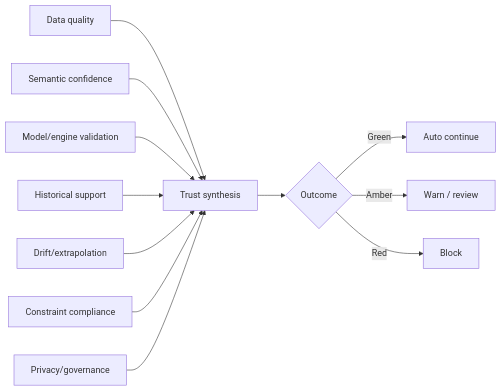
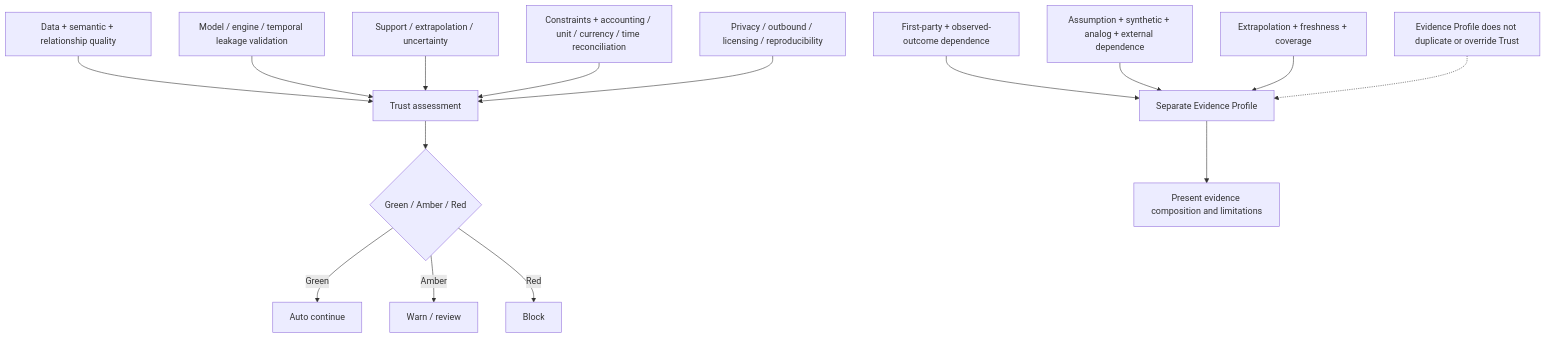
The diagram in flows/09_TRUST_VALIDATION.md (Kedar-Joshi07/IPSP), drawn with Mermaid before and after one commit. The commit also changed 43 other files, not shown here.

````diff
--- a/flows/09_TRUST_VALIDATION.md
+++ b/flows/09_TRUST_VALIDATION.md
@@ -2,14 +2,18 @@
 ```mermaid
-flowchart LR
-  D[Data quality] --> TS[Trust synthesis]
-  S[Semantic confidence] --> TS
-  M[Model/engine validation] --> TS
-  H[Historical support] --> TS
-  R[Drift/extrapolation] --> TS
-  C[Constraint compliance] --> TS
-  G[Privacy/governance] --> TS
-  TS --> O{Outcome}
+flowchart TD
+  D[Data + semantic + relationship quality] --> TS[Trust assessment]
+  M[Model / engine / temporal leakage validation] --> TS
+  R[Support / extrapolation / uncertainty] --> TS
+  C[Constraints + accounting / unit / currency / time reconciliation] --> TS
+  G[Privacy / outbound / licensing / reproducibility] --> TS
+  TS --> O{Green / Amber / Red}
   O -->|Green| A[Auto continue]
   O -->|Amber| W[Warn / review]
   O -->|Red| B[Block]
+
+  E1[First-party + observed-outcome dependence] --> EP[Separate Evidence Profile]
+  E2[Assumption + synthetic + analog + external dependence] --> EP
+  E3[Extrapolation + freshness + coverage] --> EP
+  EP --> SHOW[Present evidence composition and limitations]
+  NOTE[Evidence Profile does not duplicate or override Trust] -.-> EP
 ```
````
